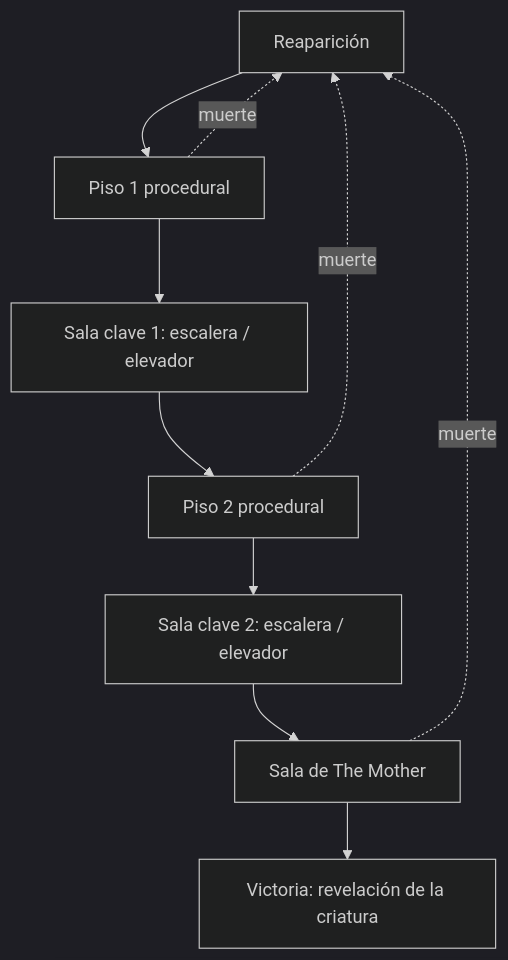
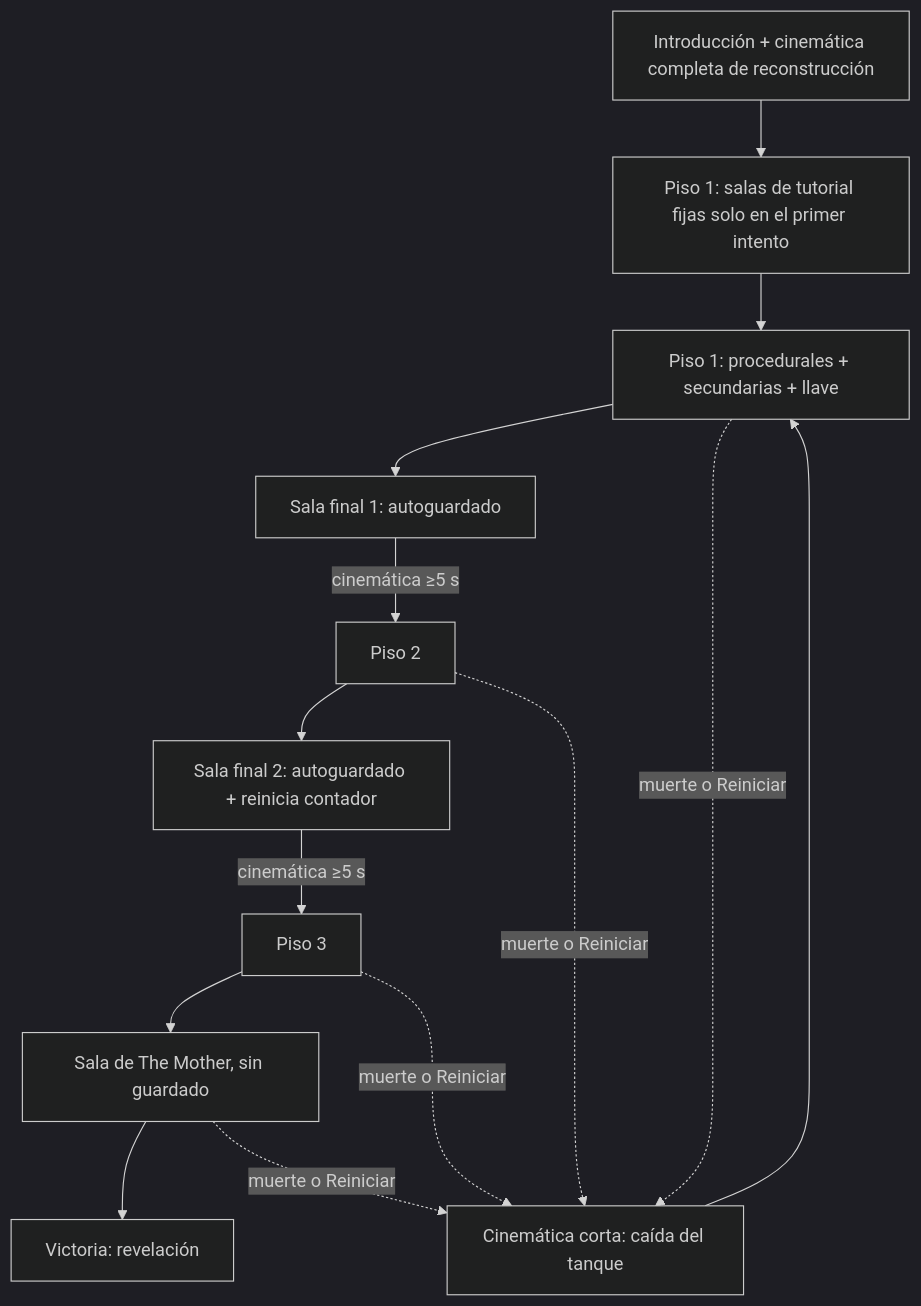
The second of 2 diagrams in GDD/02 - Diseño/02 - Mecánicas.md (ChristianC720/survivalHorror-Demo), drawn with Mermaid (dark theme) before and after one commit. The commit also changed other lines of this file and 23 other files, not shown here.

````diff
--- a/GDD/02 - Diseño/02 - Mecánicas.md
+++ b/GDD/02 - Diseño/02 - Mecánicas.md
@@ -670,12 +751,12 @@
 ```mermaid
 flowchart TD
-    R[Reaparición] --> P1[Piso 1 procedural]
-    P1 --> K1[Sala clave 1: escalera / elevador]
-    K1 --> P2[Piso 2 procedural]
-    P2 --> K2[Sala clave 2: escalera / elevador]
-    K2 --> M[Sala de The Mother]
-    M --> V[Victoria: revelación de la criatura]
-    P1 -. muerte .-> R
-    P2 -. muerte .-> R
-    M -. muerte .-> R
+    I[Introducción + cinemática completa de reconstrucción] --> T[Piso 1: salas de tutorial fijas solo en el primer intento]
+    T --> P1[Piso 1: procedurales + secundarias + llave]
+    P1 --> F1[Sala final 1: autoguardado]
+    F1 -->|cinemática ≥5 s| P2[Piso 2]
+    P2 --> F2[Sala final 2: autoguardado + reinicia contador]
+    F2 -->|cinemática ≥5 s| P3[Piso 3]
+    P3 --> B[Sala de The Mother, sin guardado]
+    B --> V[Victoria: revelación]
+    P1 & P2 & P3 & B -. muerte o Reiniciar .-> R[Cinemática corta: caída del tanque] --> P1
 ```
````
